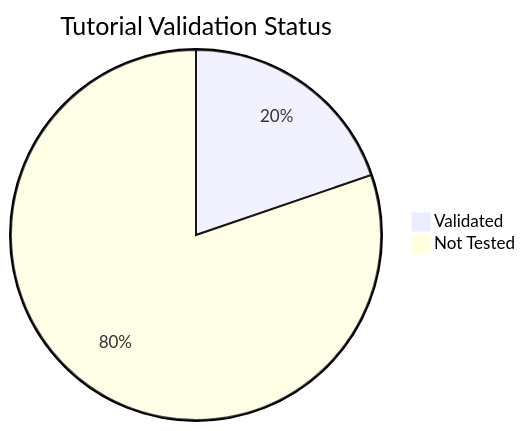
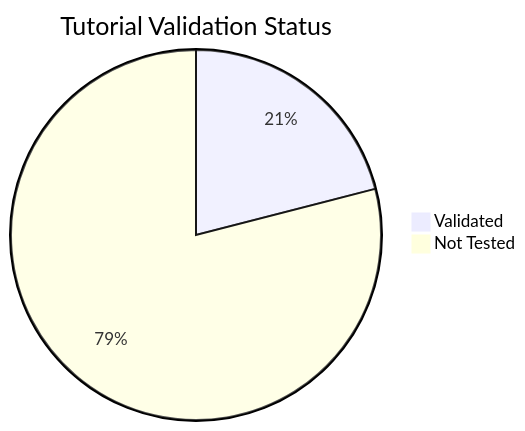
The diagram in docs/reference/validation-status.md (yeongseon/azure-container-apps-practical-guide), drawn with Mermaid before and after one commit. The commit also changed other lines of this file and 1 other file, not shown here.

````diff
--- a/docs/reference/validation-status.md
+++ b/docs/reference/validation-status.md
@@ -35,5 +35,5 @@
 ```mermaid
 pie title Tutorial Validation Status
-    "Validated" : 16
-    "Not Tested" : 65
+    "Validated" : 17
+    "Not Tested" : 64
 ```
````
